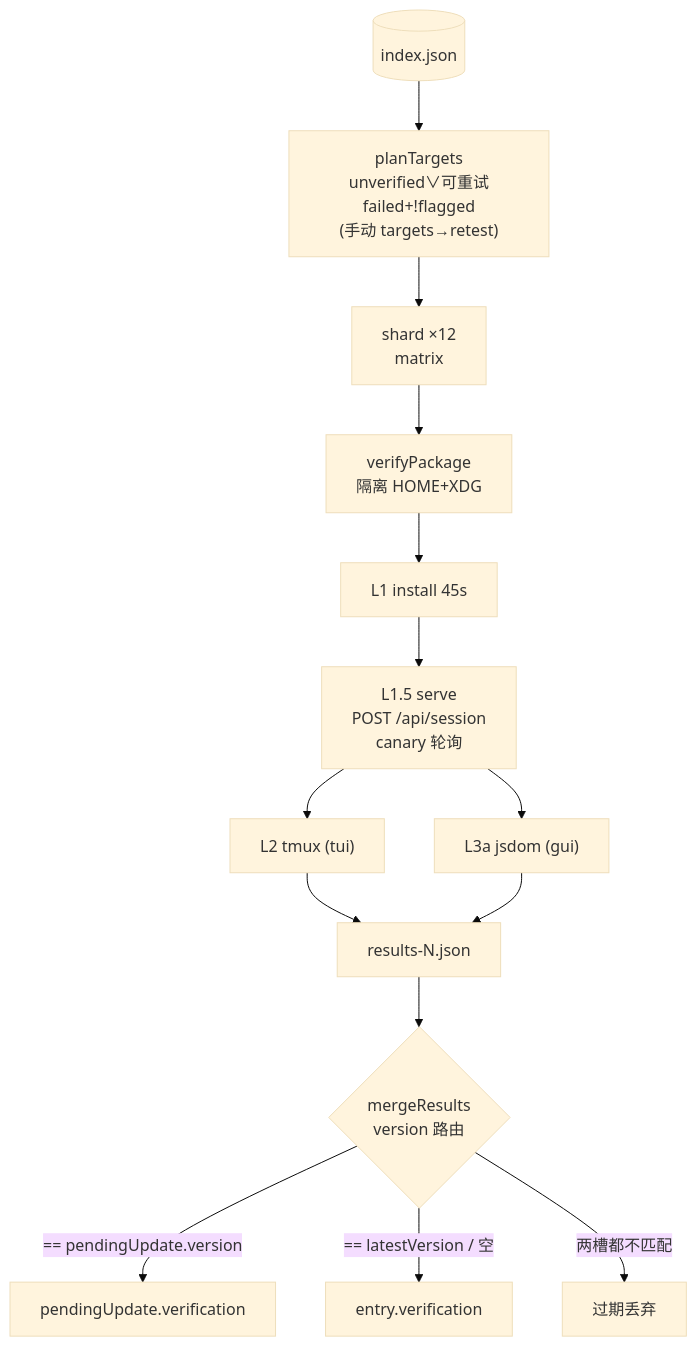
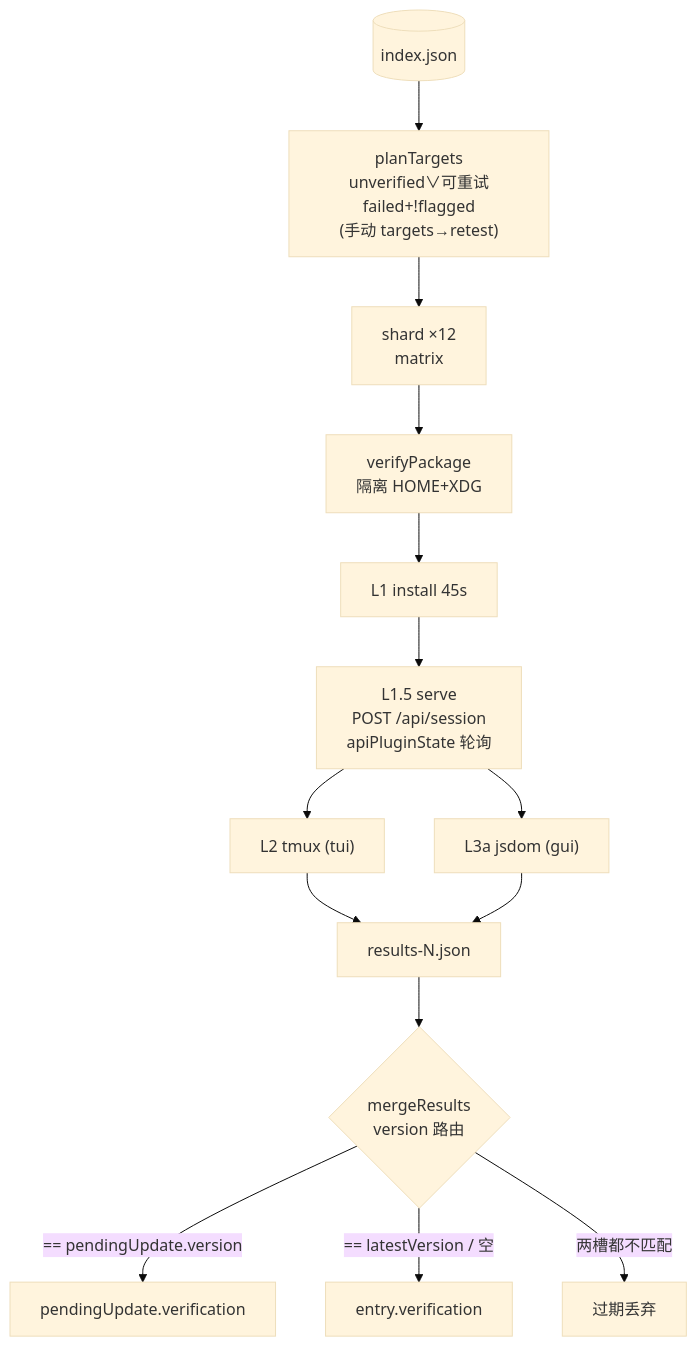
Before and after one commit to awesome-market/awesome-opencode-market: the fourth of 11 diagrams in docs/DATA-FLOWS.md, drawn with Mermaid (base theme). The commit also changed other lines of this file and 1 other file, not shown here.

First line of the commit message:
docs: residual DATA-FLOWS corrections + lite-index removal note

````diff
--- a/docs/DATA-FLOWS.md
+++ b/docs/DATA-FLOWS.md
@@ -287,16 +287,16 @@
 ```mermaid
 flowchart TB
   IDX[("index.json")] --> P["planTargets<br/>unverified∨可重试failed+!flagged<br/>(手动 targets→retest)"]
   P --> SH["shard ×12<br/>matrix"]
   SH --> VP["verifyPackage<br/>隔离 HOME+XDG"]
   VP --> L1["L1 install 45s"]
-  L1 --> L15["L1.5 serve<br/>POST /api/session<br/>canary 轮询"]
+  L1 --> L15["L1.5 serve<br/>POST /api/session<br/>apiPluginState 轮询"]
   L15 --> L2["L2 tmux (tui)"]
   L15 --> L3["L3a jsdom (gui)"]
   L2 --> RS["results-N.json"]
   L3 --> RS
   RS --> M{"mergeResults<br/>version 路由"}
   M -->|"== pendingUpdate.version"| PUS["pendingUpdate.verification"]
   M -->|"== latestVersion / 空"| DVS["entry.verification"]
   M -->|"两槽都不匹配"| DR["过期丢弃"]
 ```
````
